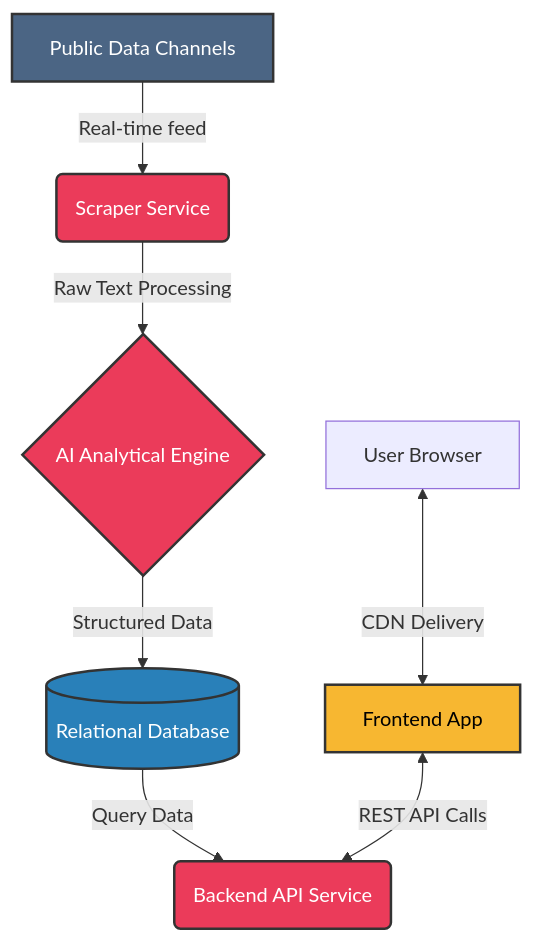
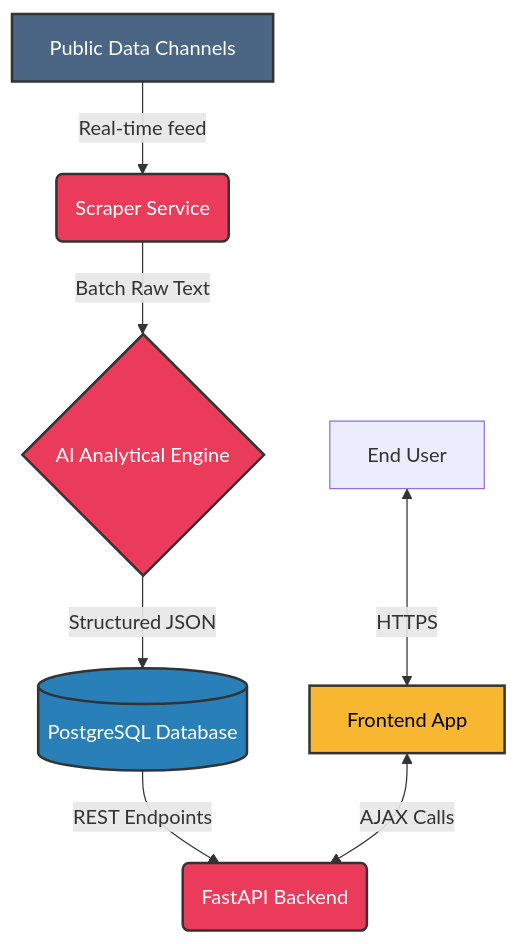
One commit to burmeseitman/burmaduta changed the diagram in README.md. Above: the diagram before and after it, drawn with Mermaid. The commit also changed other lines of this file, not shown here.

````diff
--- a/README.md
+++ b/README.md
@@ -39,21 +40,21 @@
 ```mermaid
 graph TD
     A[Public Data Channels] -->|Real-time feed| B(Scraper Service)
-    B -->|Raw Text Processing| C{AI Analytical Engine}
-    C -->|Structured Data| D[(Relational Database)]
+    B -->|Batch Raw Text| C{AI Analytical Engine}
+    C -->|Structured JSON| D[(PostgreSQL Database)]
     
-    D -->|Query Data| E(Backend API Service)
+    D -->|REST Endpoints| E(FastAPI Backend)
     
-    F[User Browser] <-->|CDN Delivery| G[Frontend App]
-    G <-->|REST API Calls| E
+    F[End User] <-->|HTTPS| G[Frontend App]
+    G <-->|AJAX Calls| E
     
     classDef frontend fill:#f7b731,stroke:#333,stroke-width:2px,color:#000;
     classDef backend fill:#eb3b5a,stroke:#333,stroke-width:2px,color:#fff;
     classDef database fill:#2980b9,stroke:#333,stroke-width:2px,color:#fff;
     classDef external fill:#4b6584,stroke:#333,stroke-width:2px,color:#fff;
     
     class G frontend;
     class B,C,E backend;
     class D database;
     class A external;
 ```
````
